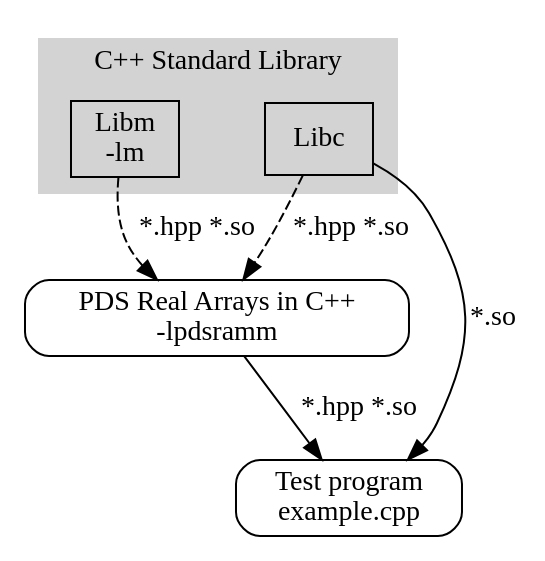
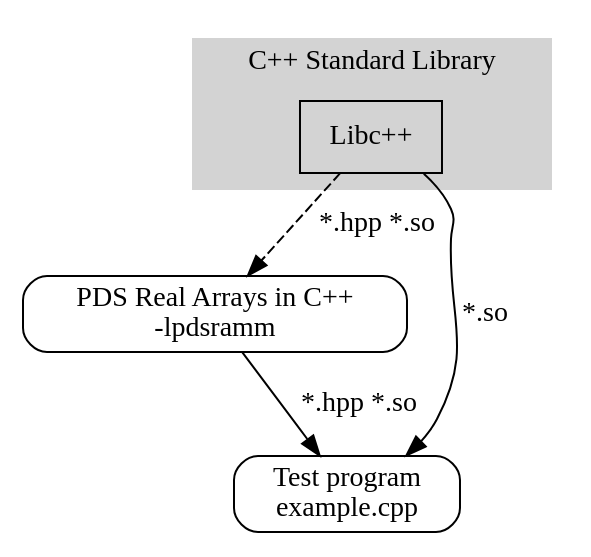
Before and after one commit to trucomanx/libpdsramm: the diagram in manual/imagenes/enlazar.dot, drawn with Graphviz. The commit also changed 19 other files, not shown here.

```diff
--- a/manual/imagenes/enlazar.dot
+++ b/manual/imagenes/enlazar.dot
@@ -1,25 +1,23 @@
 digraph G {
 
 	node [ shape = "Mrecord"  ];
 
 	subgraph cluster_0{
 
 		node [ shape = "box"  ];
 
 		style = filled;
 		color = lightgrey;
 		label = "C++ Standard Library";
 	
-		LIBM		[ label ="Libm\n-lm"];
-		LIBC		[ label ="Libc"];
+		LIBC		[ label ="Libc++"];
 	}
 
 	PDSRA		[ label ="PDS Real Arrays in C++\n-lpdsramm"];
 	TESTC   	[ label ="Test program\nexample.cpp"];
 
-	LIBM		-> PDSRA  [label = "*.hpp *.so", style=dashed];
 	LIBC		-> PDSRA  [label = "*.hpp *.so", style=dashed];
 
 	LIBC		-> TESTC  [label = "*.so"];
 	PDSRA	    -> TESTC  [label = "*.hpp *.so"];
 }
```
